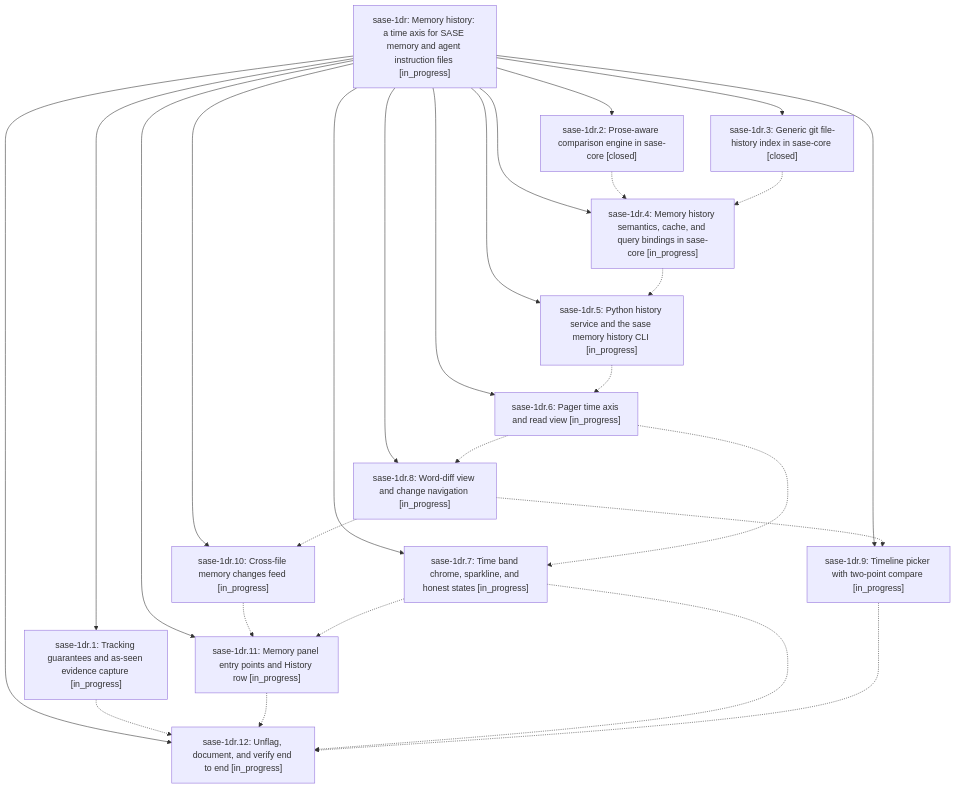
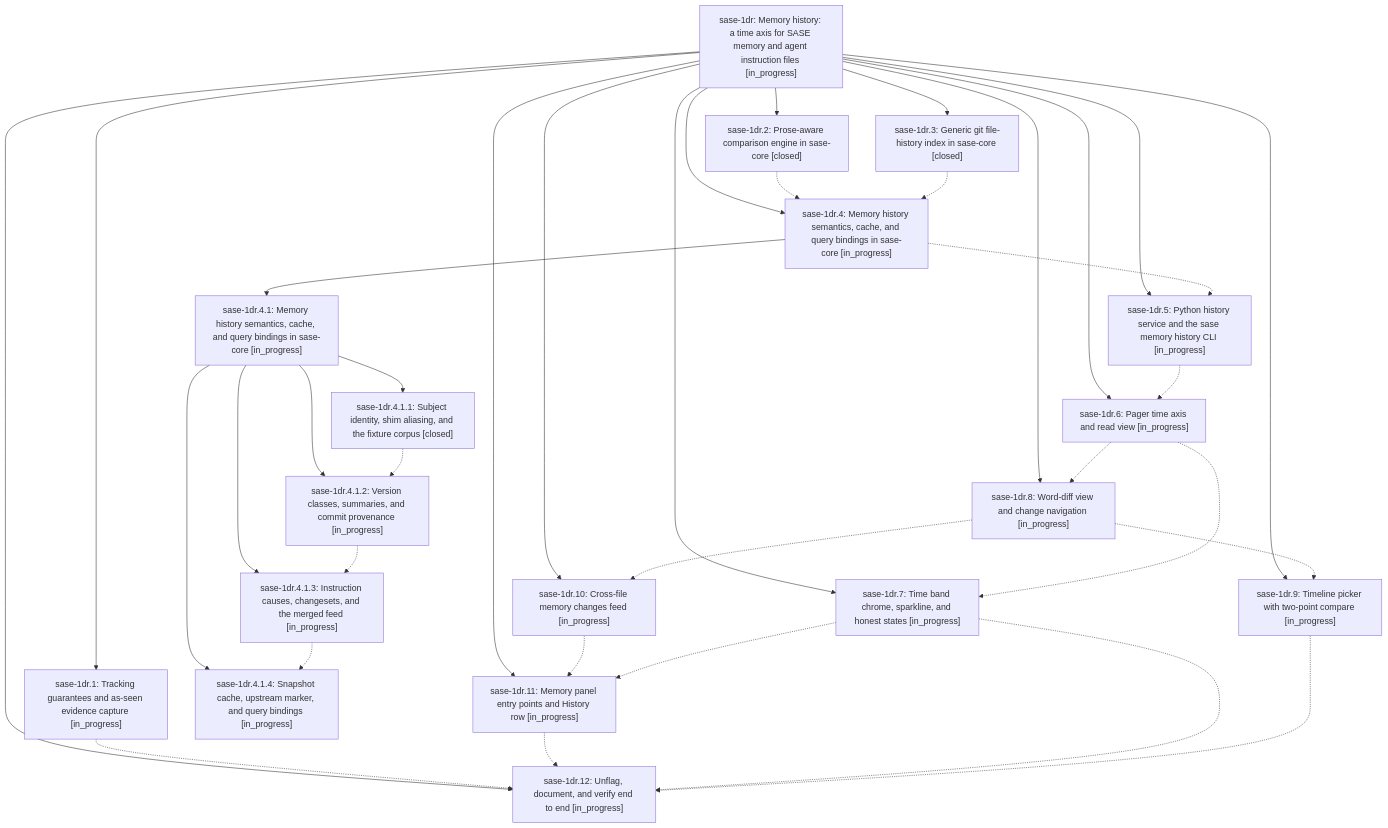
Before and after one commit to sase-org/sase--beads: the diagram in pages/sase-1dr/README.md, drawn with Mermaid. The commit also changed other lines of this file and 7 other files, not shown here.

````diff
--- a/pages/sase-1dr/README.md
+++ b/pages/sase-1dr/README.md
@@ -45,42 +47,55 @@
 ```mermaid
 flowchart TD
     n0["sase-1dr: Memory history: a time axis for SASE memory and agent instruction files [in_progress]"]
     n1["sase-1dr.1: Tracking guarantees and as-seen evidence capture [in_progress]"]
     n2["sase-1dr.10: Cross-file memory changes feed [in_progress]"]
     n3["sase-1dr.11: Memory panel entry points and History row [in_progress]"]
     n4["sase-1dr.12: Unflag, document, and verify end to end [in_progress]"]
     n5["sase-1dr.2: Prose-aware comparison engine in sase-core [closed]"]
     n6["sase-1dr.3: Generic git file-history index in sase-core [closed]"]
     n7["sase-1dr.4: Memory history semantics, cache, and query bindings in sase-core [in_progress]"]
-    n8["sase-1dr.5: Python history service and the sase memory history CLI [in_progress]"]
-    n9["sase-1dr.6: Pager time axis and read view [in_progress]"]
-    n10["sase-1dr.7: Time band chrome, sparkline, and honest states [in_progress]"]
-    n11["sase-1dr.8: Word-diff view and change navigation [in_progress]"]
-    n12["sase-1dr.9: Timeline picker with two-point compare [in_progress]"]
+    n8["sase-1dr.4.1: Memory history semantics, cache, and query bindings in sase-core [in_progress]"]
+    n9["sase-1dr.4.1.1: Subject identity, shim aliasing, and the fixture corpus [closed]"]
+    n10["sase-1dr.4.1.2: Version classes, summaries, and commit provenance [in_progress]"]
+    n11["sase-1dr.4.1.3: Instruction causes, changesets, and the merged feed [in_progress]"]
+    n12["sase-1dr.4.1.4: Snapshot cache, upstream marker, and query bindings [in_progress]"]
+    n13["sase-1dr.5: Python history service and the sase memory history CLI [in_progress]"]
+    n14["sase-1dr.6: Pager time axis and read view [in_progress]"]
+    n15["sase-1dr.7: Time band chrome, sparkline, and honest states [in_progress]"]
+    n16["sase-1dr.8: Word-diff view and change navigation [in_progress]"]
+    n17["sase-1dr.9: Timeline picker with two-point compare [in_progress]"]
     n0 --> n1
     n0 --> n2
     n0 --> n3
     n0 --> n4
     n0 --> n5
     n0 --> n6
     n0 --> n7
-    n0 --> n8
-    n0 --> n9
-    n0 --> n10
-    n0 --> n11
-    n0 --> n12
+    n7 --> n8
+    n8 --> n9
+    n8 --> n10
+    n8 --> n11
+    n8 --> n12
+    n0 --> n13
+    n0 --> n14
+    n0 --> n15
+    n0 --> n16
+    n0 --> n17
     n1 -.-> n4
     n2 -.-> n3
     n3 -.-> n4
     n5 -.-> n7
     n6 -.-> n7
-    n7 -.-> n8
-    n8 -.-> n9
+    n7 -.-> n13
     n9 -.-> n10
-    n9 -.-> n11
-    n10 -.-> n3
-    n10 -.-> n4
-    n11 -.-> n2
+    n10 -.-> n11
     n11 -.-> n12
-    n12 -.-> n4
+    n13 -.-> n14
+    n14 -.-> n15
+    n14 -.-> n16
+    n15 -.-> n3
+    n15 -.-> n4
+    n16 -.-> n2
+    n16 -.-> n17
+    n17 -.-> n4
 ```
````
